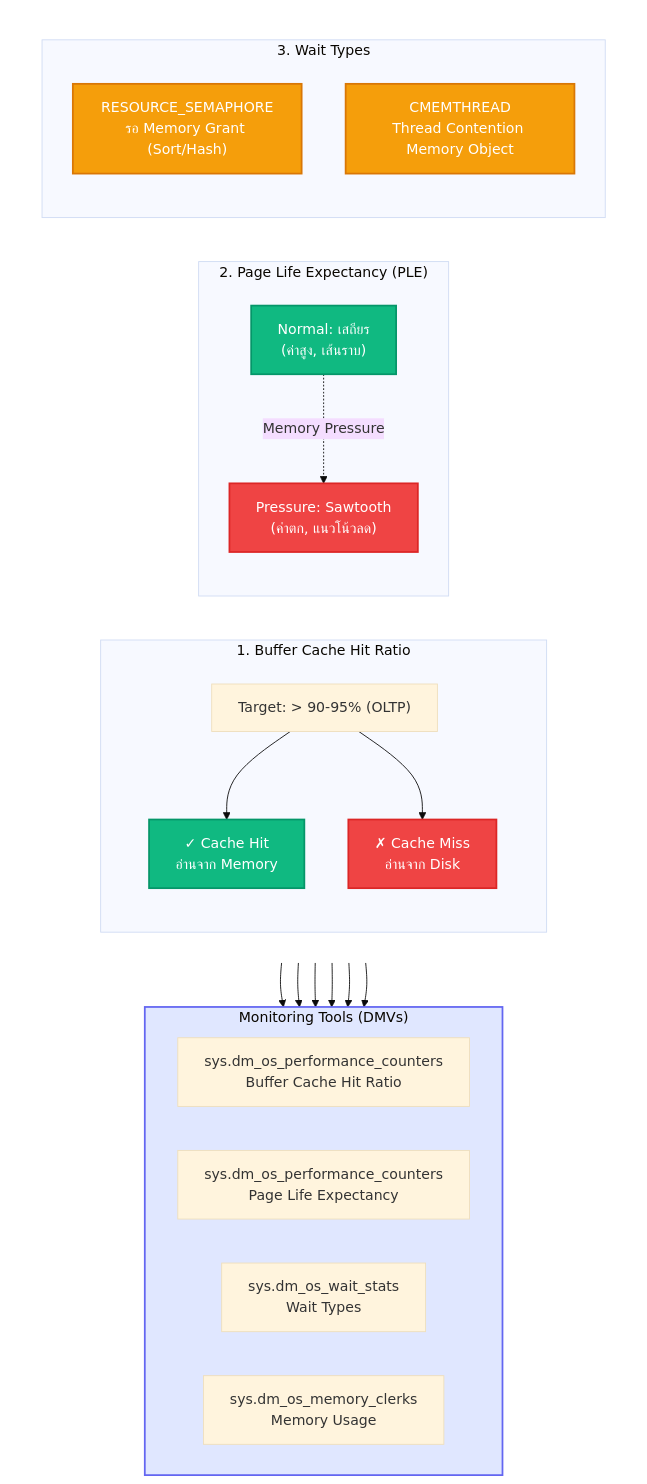
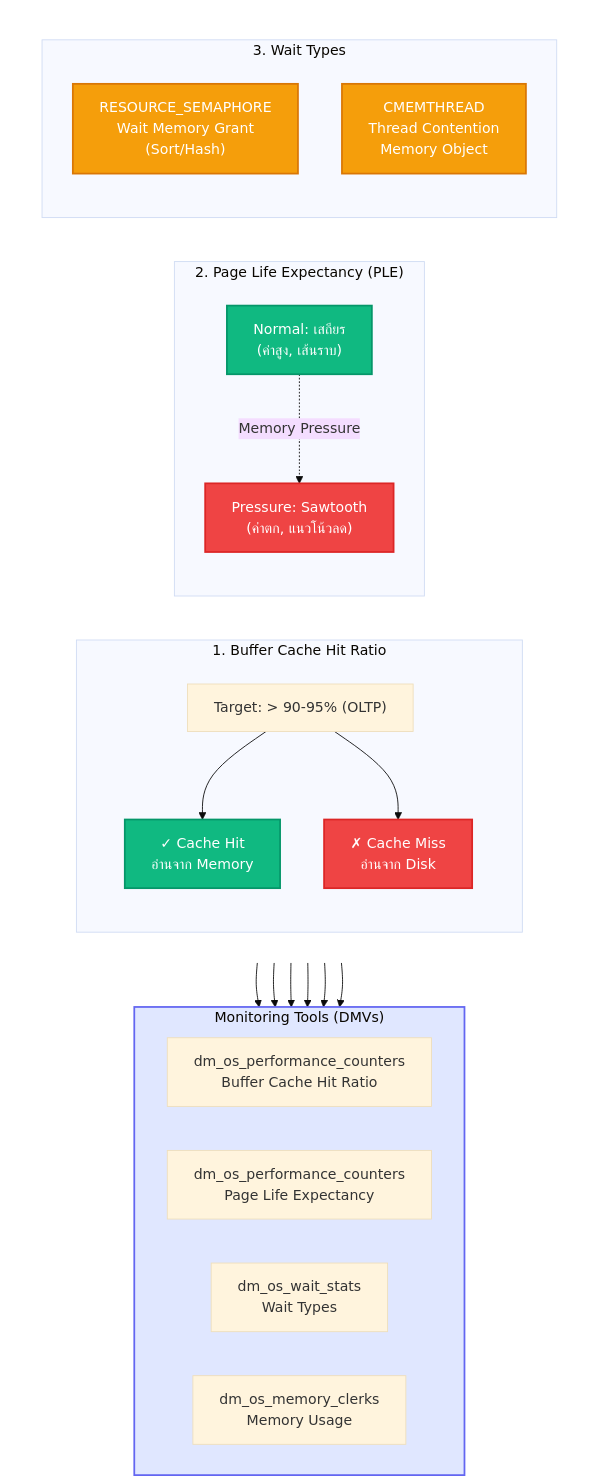
The seventh of 7 diagrams in Module_04_Memory/README.md (phakkhaphong/sql-server-performance-tuning), drawn with Mermaid (base theme) before and after one commit. The commit also changed other lines of this file, not shown here.

Commit message:
Refactor README diagrams for SQL Server Memory Models, enhancing clarity by simplifying annotations, improving terminology consistency, and updating visual representations of memory allocation processes and performance indicators.

````diff
--- a/Module_04_Memory/README.md
+++ b/Module_04_Memory/README.md
@@ -372,48 +372,48 @@
 ```mermaid
 flowchart TB
     subgraph Row1[" "]
         direction LR
         subgraph Metric1["1. Buffer Cache Hit Ratio"]
             BCHR["Target: > 90-95% (OLTP)"]
             BCHRGood["✓ Cache Hit<br/>อ่านจาก Memory"]
             BCHRBad["✗ Cache Miss<br/>อ่านจาก Disk"]
             BCHR --> BCHRGood
             BCHR --> BCHRBad
         end
         
         subgraph Metric2["2. Page Life Expectancy (PLE)"]
             PLENormal["Normal: เสถียร<br/>(ค่าสูง, เส้นราบ)"]
             PLEPressure["Pressure: Sawtooth<br/>(ค่าตก, แนวโน้วลด)"]
             PLENormal -.->|Memory Pressure| PLEPressure
         end
         
         subgraph WaitTypes["3. Wait Types"]
-            WT1["RESOURCE_SEMAPHORE<br/>รอ Memory Grant (Sort/Hash)"]
-            WT2["CMEMTHREAD<br/>Thread Contention Memory Object"]
+            WT1["RESOURCE_SEMAPHORE<br/>Wait Memory Grant<br/>(Sort/Hash)"]
+            WT2["CMEMTHREAD<br/>Thread Contention<br/>Memory Object"]
         end
     end
     
     subgraph Monitoring["Monitoring Tools (DMVs)"]
         direction LR
-        DMV1["sys.dm_os_performance_counters<br/>Buffer Cache Hit Ratio"]
-        DMV2["sys.dm_os_performance_counters<br/>Page Life Expectancy"]
-        DMV3["sys.dm_os_wait_stats<br/>Wait Types"]
-        DMV4["sys.dm_os_memory_clerks<br/>Memory Usage"]
+        DMV1["dm_os_performance_counters<br/>Buffer Cache Hit Ratio"]
+        DMV2["dm_os_performance_counters<br/>Page Life Expectancy"]
+        DMV3["dm_os_wait_stats<br/>Wait Types"]
+        DMV4["dm_os_memory_clerks<br/>Memory Usage"]
     end
     
     Metric1 --> DMV1
     Metric2 --> DMV2
     WaitTypes --> DMV3
     Metric1 --> DMV4
     Metric2 --> DMV4
     WaitTypes --> DMV4
     
     style BCHRGood fill:#10b981,stroke:#059669,stroke-width:2px,color:#fff
     style BCHRBad fill:#ef4444,stroke:#dc2626,stroke-width:2px,color:#fff
     style PLENormal fill:#10b981,stroke:#059669,stroke-width:2px,color:#fff
     style PLEPressure fill:#ef4444,stroke:#dc2626,stroke-width:2px,color:#fff
     style WT1 fill:#f59e0b,stroke:#d97706,stroke-width:2px,color:#fff
     style WT2 fill:#f59e0b,stroke:#d97706,stroke-width:2px,color:#fff
     style Row1 fill:transparent,stroke:transparent,color:transparent
     style Monitoring fill:#e0e7ff,stroke:#6366f1,stroke-width:2px
 ```
````
